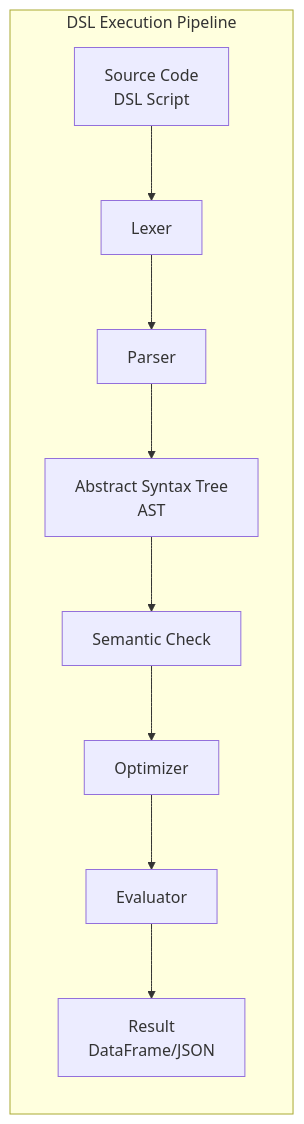
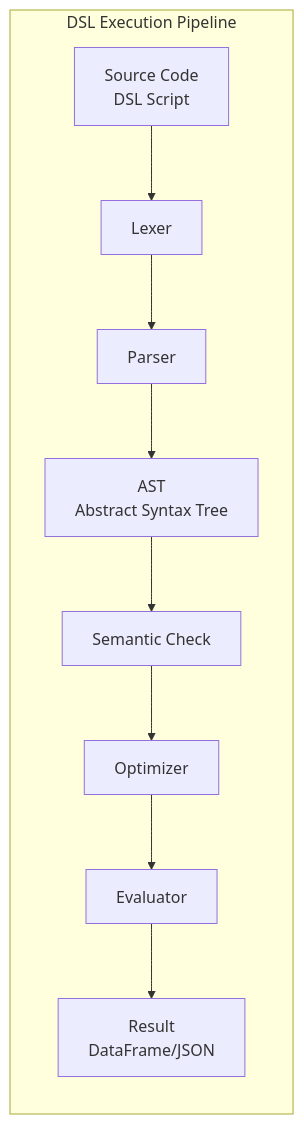
One commit to RESBI/StockStatistic changed diagram 14 of 23 in DESIGN.md. Above: the diagram before and after it, drawn with Mermaid. The commit also changed other lines of this file, not shown here.

````diff
--- a/DESIGN.md
+++ b/DESIGN.md
@@ -921,12 +936,12 @@
 ```mermaid
 graph LR
     subgraph "DSL Execution Pipeline"
-        SRC["Source Code<br/>DSL Script"] --> LEX["Lexer"]
-        LEX --> PAR["Parser"]
-        PAR --> AST2["Abstract Syntax Tree<br/>AST"]
-        AST2 --> SEM["Semantic Check"]
-        SEM --> OPT["Optimizer"]
-        OPT --> EXE["Evaluator"]
+        SRC["Source Code<br/>DSL Script"] --> LEX[Lexer]
+        LEX --> PAR[Parser]
+        PAR --> AST2["AST<br/>Abstract Syntax Tree"]
+        AST2 --> SEM[Semantic Check]
+        SEM --> OPT[Optimizer]
+        OPT --> EXE[Evaluator]
         EXE --> RES["Result<br/>DataFrame/JSON"]
     end
 ```
````
